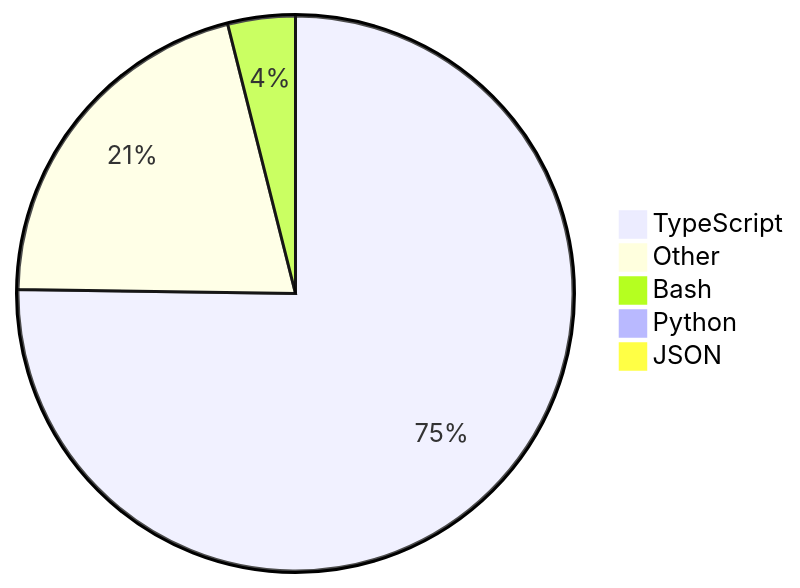
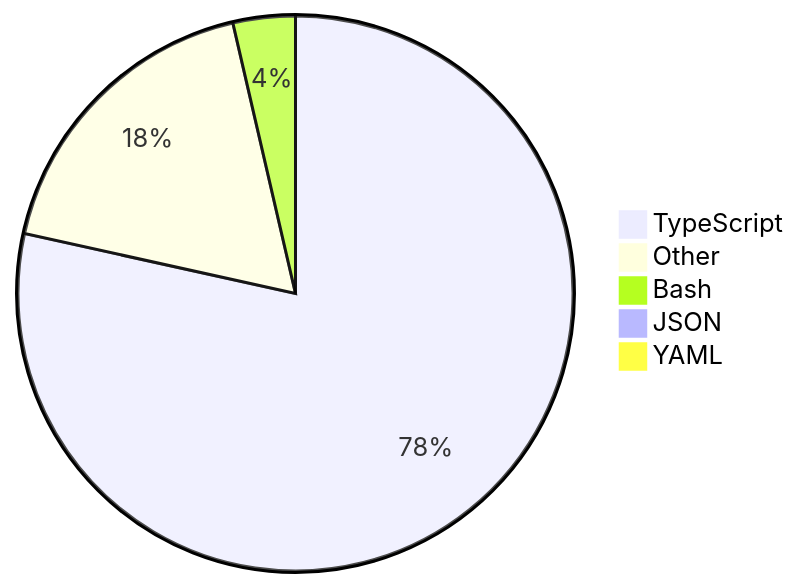
The diagram in README.md (skvggor/skvggor), drawn with Mermaid before and after one commit.

Commit message:
Updated waka-readme graph with new metrics

````diff
--- a/README.md
+++ b/README.md
@@ -16,8 +16,8 @@
 ```mermaid
 pie
-    "TypeScript" : 74.7
-    "Other" : 20.7
-    "Bash" : 3.9
-    "Python" : 0.7
-    "JSON" : 0.0
+    "TypeScript" : 78.0
+    "Other" : 17.8
+    "Bash" : 3.6
+    "JSON" : 0.5
+    "YAML" : 0.2
 ```
````
